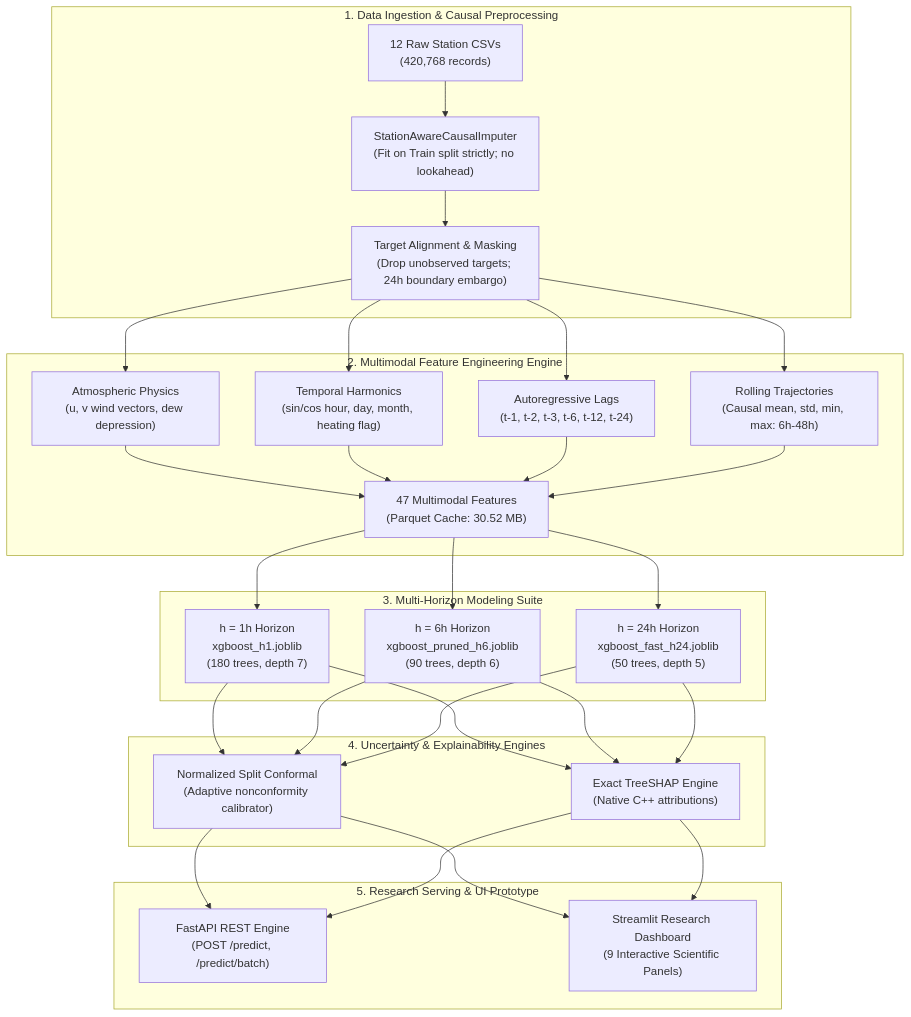
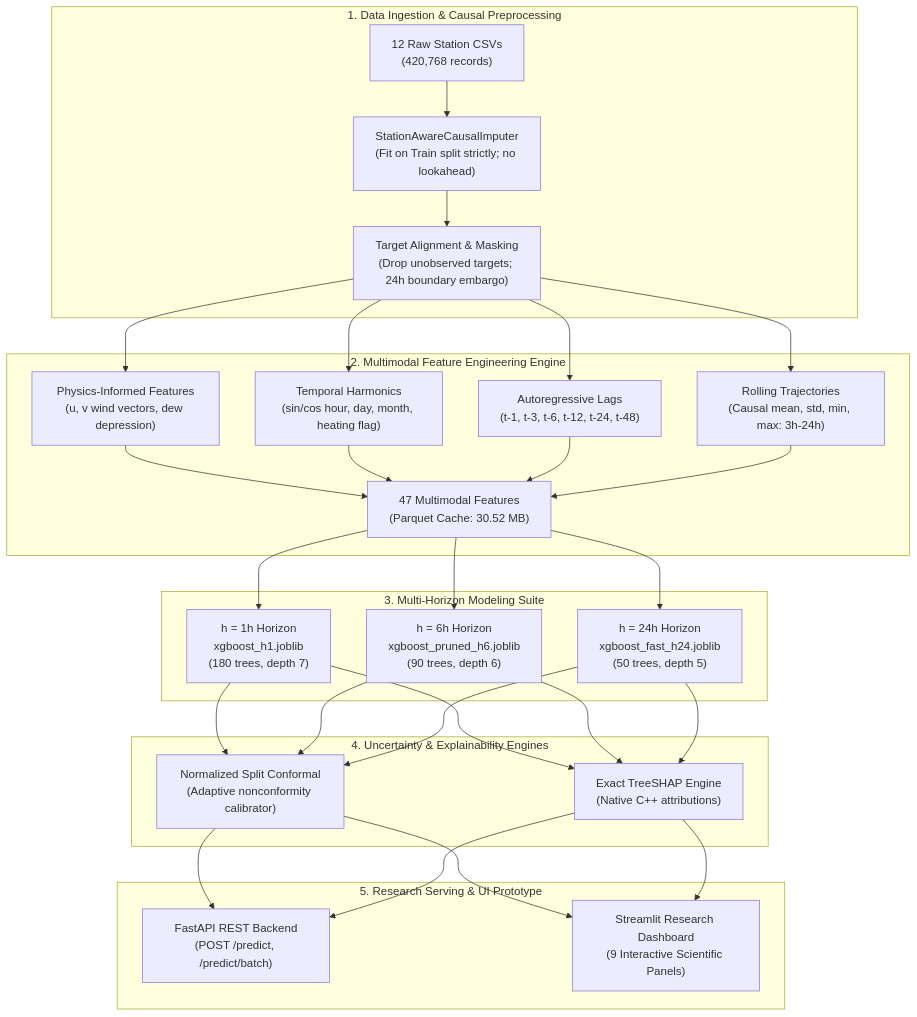
One commit to sreeja1547/aircast-research changed the diagram in README.md. Above: the diagram before and after it, drawn with Mermaid. The commit also changed other lines of this file and 45 other files, not shown here.

````diff
--- a/README.md
+++ b/README.md
@@ -114,31 +125,31 @@
 ```mermaid
 flowchart TD
     subgraph DataIngestion["1. Data Ingestion & Causal Preprocessing"]
         A["12 Raw Station CSVs<br/>(420,768 records)"] --> B["StationAwareCausalImputer<br/>(Fit on Train split strictly; no lookahead)"]
         B --> C["Target Alignment & Masking<br/>(Drop unobserved targets; 24h boundary embargo)"]
     end
 
     subgraph FeaturePipeline["2. Multimodal Feature Engineering Engine"]
-        C --> D1["Atmospheric Physics<br/>(u, v wind vectors, dew depression)"]
+        C --> D1["Physics-Informed Features<br/>(u, v wind vectors, dew depression)"]
         C --> D2["Temporal Harmonics<br/>(sin/cos hour, day, month, heating flag)"]
-        C --> D3["Autoregressive Lags<br/>(t-1, t-2, t-3, t-6, t-12, t-24)"]
-        C --> D4["Rolling Trajectories<br/>(Causal mean, std, min, max: 6h-48h)"]
+        C --> D3["Autoregressive Lags<br/>(t-1, t-3, t-6, t-12, t-24, t-48)"]
+        C --> D4["Rolling Trajectories<br/>(Causal mean, std, min, max: 3h-24h)"]
         D1 & D2 & D3 & D4 --> E["47 Multimodal Features<br/>(Parquet Cache: 30.52 MB)"]
     end
 
     subgraph Modeling["3. Multi-Horizon Modeling Suite"]
         E --> F1["h = 1h Horizon<br/>xgboost_h1.joblib<br/>(180 trees, depth 7)"]
         E --> F2["h = 6h Horizon<br/>xgboost_pruned_h6.joblib<br/>(90 trees, depth 6)"]
         E --> F3["h = 24h Horizon<br/>xgboost_fast_h24.joblib<br/>(50 trees, depth 5)"]
     end
 
     subgraph UncertaintyExplain["4. Uncertainty & Explainability Engines"]
         F1 & F2 & F3 --> G1["Normalized Split Conformal<br/>(Adaptive nonconformity calibrator)"]
         F1 & F2 & F3 --> G2["Exact TreeSHAP Engine<br/>(Native C++ attributions)"]
     end
 
     subgraph ServingLayer["5. Research Serving & UI Prototype"]
-        G1 & G2 --> H1["FastAPI REST Engine<br/>(POST /predict, /predict/batch)"]
+        G1 & G2 --> H1["FastAPI REST Backend<br/>(POST /predict, /predict/batch)"]
         G1 & G2 --> H2["Streamlit Research Dashboard<br/>(9 Interactive Scientific Panels)"]
     end
 ```
````
